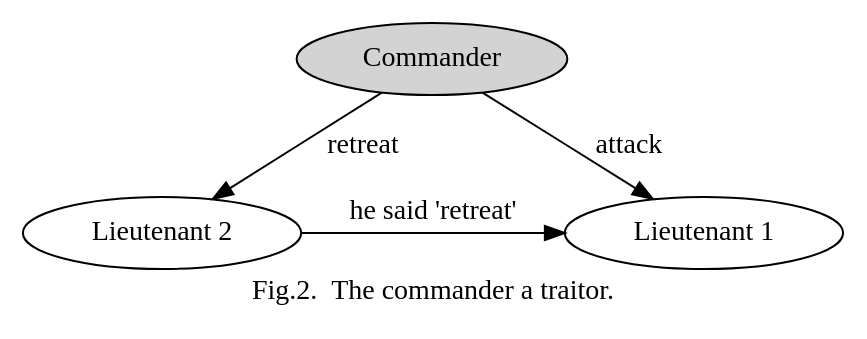
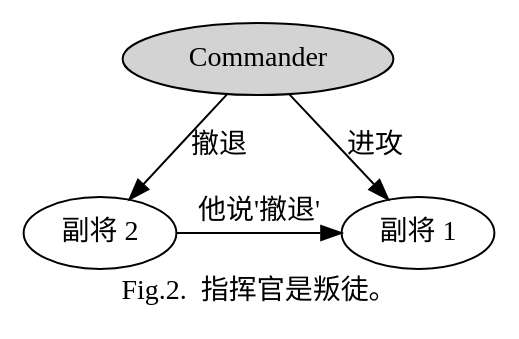
Before and after one commit to Robinpig/Note: the second of 5 diagrams in docs/CS/Distributed/Byzantine.md, drawn with Graphviz. The commit also changed other lines of this file and 355 other files, not shown here.

````diff
--- a/docs/CS/Distributed/Byzantine.md
+++ b/docs/CS/Distributed/Byzantine.md
@@ -86,12 +86,12 @@
 ```dot
 digraph {
-    label="Fig.2.  The commander a traitor."
+    label="Fig.2.  指挥官是叛徒。"
     Commander[style=filled]
-    Lieutenant1[label="Lieutenant 1"];
-    Lieutenant2[label="Lieutenant 2"];
-    Commander -> Lieutenant1[label="attack"];
-    Commander -> Lieutenant2[label="retreat"];
-    Lieutenant2 -> Lieutenant1[label="he said 'retreat'"];
+    Lieutenant1[label="副将 1"];
+    Lieutenant2[label="副将 2"];
+    Commander -> Lieutenant1[label="进攻"];
+    Commander -> Lieutenant2[label="撤退"];
+    Lieutenant2 -> Lieutenant1[label="他说'撤退'"];
     {rank="same";Lieutenant1;Lieutenant2;}
 }
 ```
````
